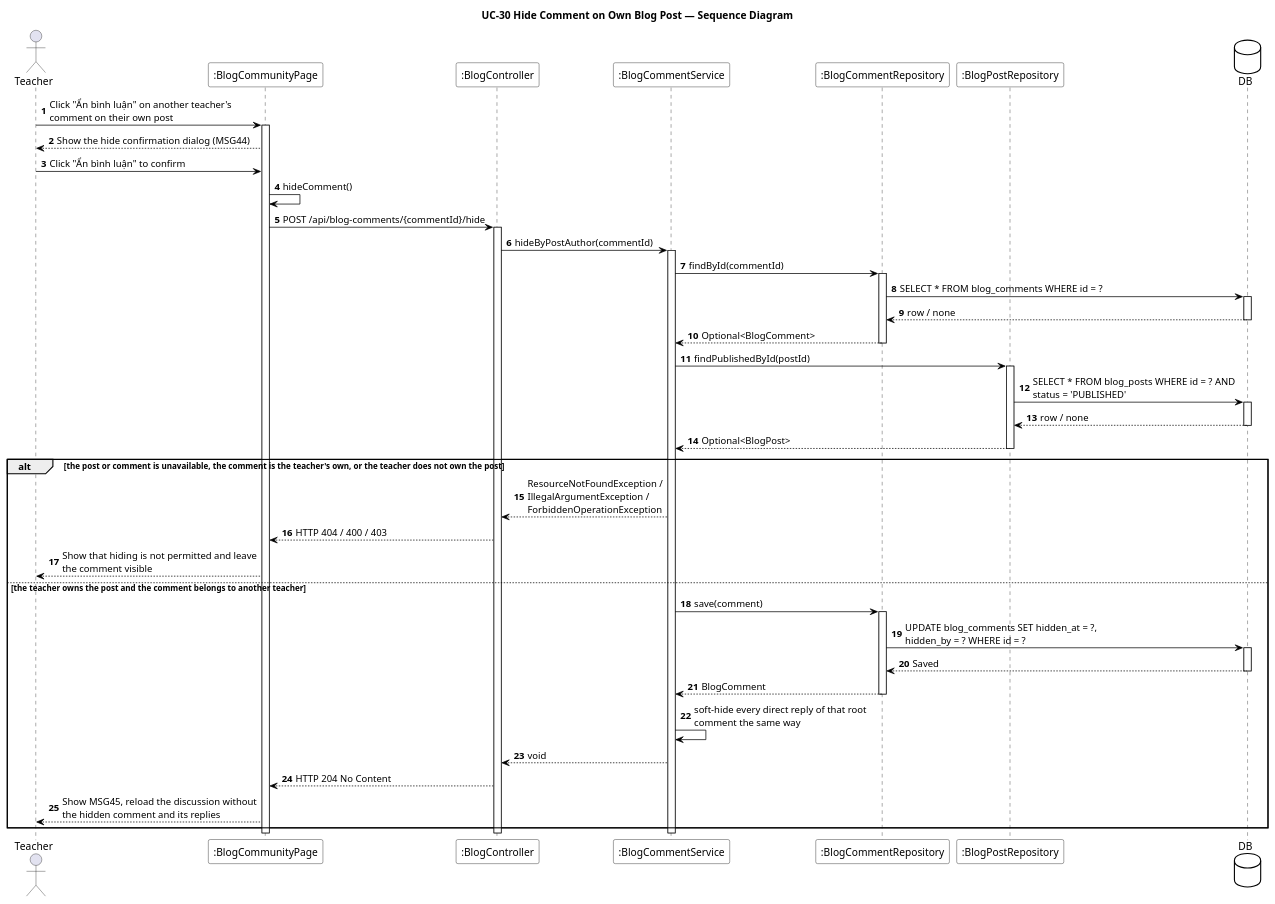
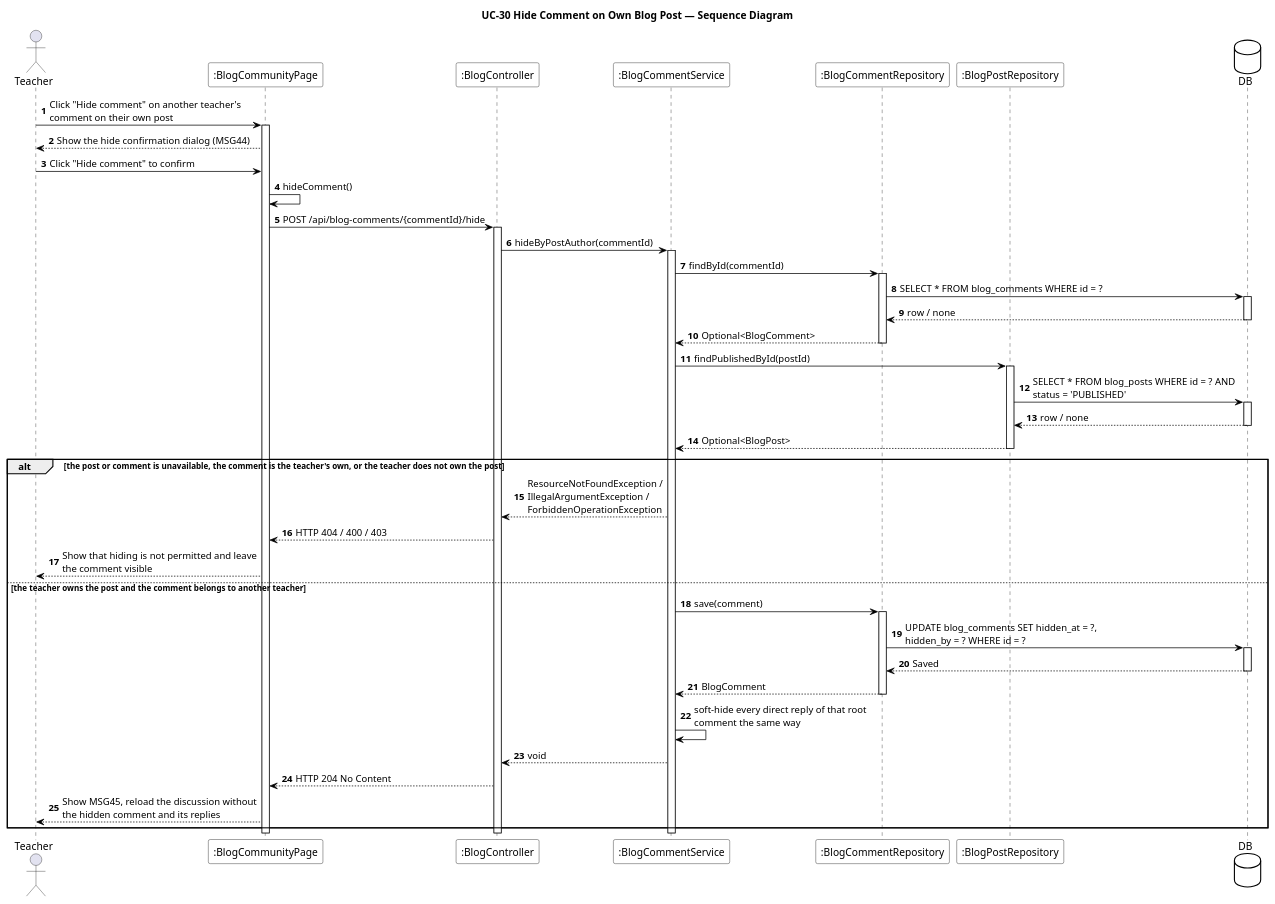
One commit to EduA-system/EduA-system changed the diagram in designs/sds-diagrams/uc30/uc30_sequence.puml. Above: the diagram before and after it, drawn with PlantUML. The commit also changed 482 other files, not shown here.

Commit message:
hình class diagram mới

```diff
--- a/designs/sds-diagrams/uc30/uc30_sequence.puml
+++ b/designs/sds-diagrams/uc30/uc30_sequence.puml
@@ -1,73 +1,73 @@
 @startuml UC-30 Hide Comment on Own Blog Post - Sequence Diagram
 skinparam defaultFontName "Segoe UI"
 skinparam shadowing false
 skinparam ParticipantBackgroundColor #FFFFFF
 skinparam ParticipantBorderColor #000000
 skinparam DatabaseBackgroundColor #FFFFFF
 skinparam DatabaseBorderColor #000000
 skinparam ArrowColor #000000
 skinparam sequenceMessageAlign left
 skinparam maxMessageSize 280
 title UC-30 Hide Comment on Own Blog Post — Sequence Diagram
 
 actor Teacher
 participant ":BlogCommunityPage" as UI
 participant ":BlogController" as CTL
 participant ":BlogCommentService" as SVC
 participant ":BlogCommentRepository" as CREPO
 participant ":BlogPostRepository" as PREPO
 database DB
 
 autonumber
-Teacher -> UI : Click "Ẩn bình luận" on another teacher's comment on their own post
+Teacher -> UI : Click "Hide comment" on another teacher's comment on their own post
 activate UI
 UI --> Teacher : Show the hide confirmation dialog (MSG44)
-Teacher -> UI : Click "Ẩn bình luận" to confirm
+Teacher -> UI : Click "Hide comment" to confirm
 UI -> UI : hideComment()
 UI -> CTL : POST /api/blog-comments/{commentId}/hide
 activate CTL
 CTL -> SVC : hideByPostAuthor(commentId)
 activate SVC
 
 SVC -> CREPO : findById(commentId)
 activate CREPO
 CREPO -> DB : SELECT * FROM blog_comments WHERE id = ?
 activate DB
 DB --> CREPO : row / none
 deactivate DB
 CREPO --> SVC : Optional<BlogComment>
 deactivate CREPO
 
 SVC -> PREPO : findPublishedById(postId)
 activate PREPO
 PREPO -> DB : SELECT * FROM blog_posts WHERE id = ? AND status = 'PUBLISHED'
 activate DB
 DB --> PREPO : row / none
 deactivate DB
 PREPO --> SVC : Optional<BlogPost>
 deactivate PREPO
 
 alt the post or comment is unavailable, the comment is the teacher's own, or the teacher does not own the post
   SVC --> CTL : ResourceNotFoundException / IllegalArgumentException / ForbiddenOperationException
   CTL --> UI : HTTP 404 / 400 / 403
   UI --> Teacher : Show that hiding is not permitted and leave the comment visible
 
 else the teacher owns the post and the comment belongs to another teacher
   SVC -> CREPO : save(comment)
   activate CREPO
   CREPO -> DB : UPDATE blog_comments SET hidden_at = ?, hidden_by = ? WHERE id = ?
   activate DB
   DB --> CREPO : Saved
   deactivate DB
   CREPO --> SVC : BlogComment
   deactivate CREPO
   SVC -> SVC : soft-hide every direct reply of that root comment the same way
   SVC --> CTL : void
   CTL --> UI : HTTP 204 No Content
   UI --> Teacher : Show MSG45, reload the discussion without the hidden comment and its replies
 end
 
 deactivate SVC
 deactivate CTL
 deactivate UI
 @enduml
```
